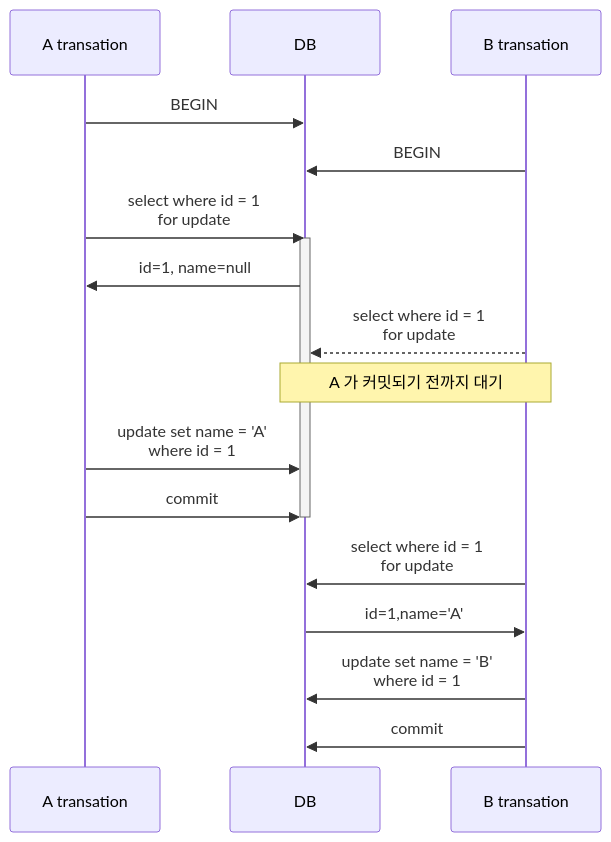
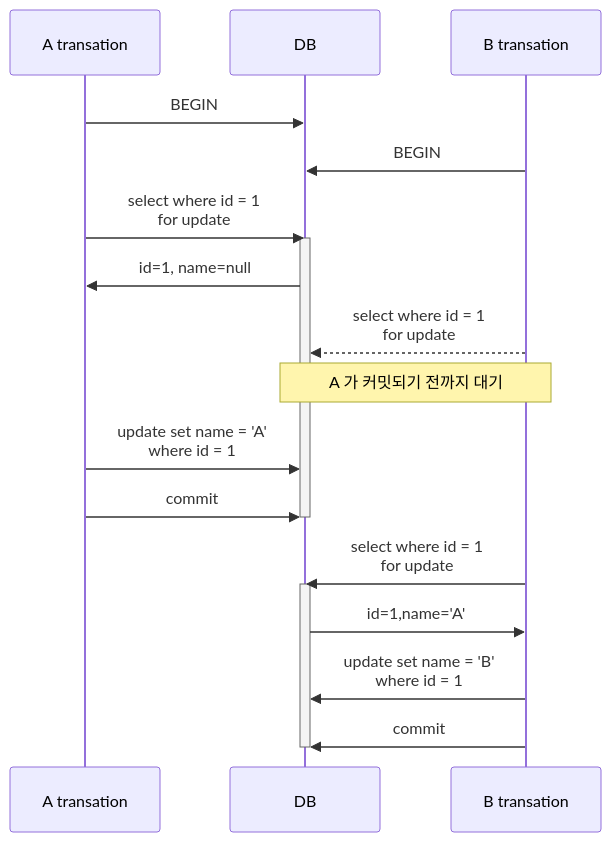
The fourth of 4 diagrams in _posts/2024-04-20-select-for-update-in-PostgreSQL.md (songkg7/pages-v2), drawn with Mermaid before and after one commit.

````diff
--- a/_posts/2024-04-20-select-for-update-in-PostgreSQL.md
+++ b/_posts/2024-04-20-select-for-update-in-PostgreSQL.md
@@ -149,20 +149,22 @@
 ```mermaid
 sequenceDiagram
     participant A as A transation
     participant DB
     participant B as B transation
     A->>DB: BEGIN
     B->>DB: BEGIN
     A->>DB: select where id = 1<br/>for update
     activate DB
     DB->>A: id=1, name=null
     B-->>DB: select where id = 1<br/>for update
     Note over B,DB: A 가 커밋되기 전까지 대기
     A->>DB: update set name = 'A'<br/>where id = 1
     A->>DB: commit
     deactivate DB
     B->>DB: select where id = 1<br/>for update
+    activate DB
     DB->>B: id=1,name='A'
     B->>DB: update set name = 'B'<br/>where id = 1
     B->>DB: commit
+    deactivate DB
 ```
````
